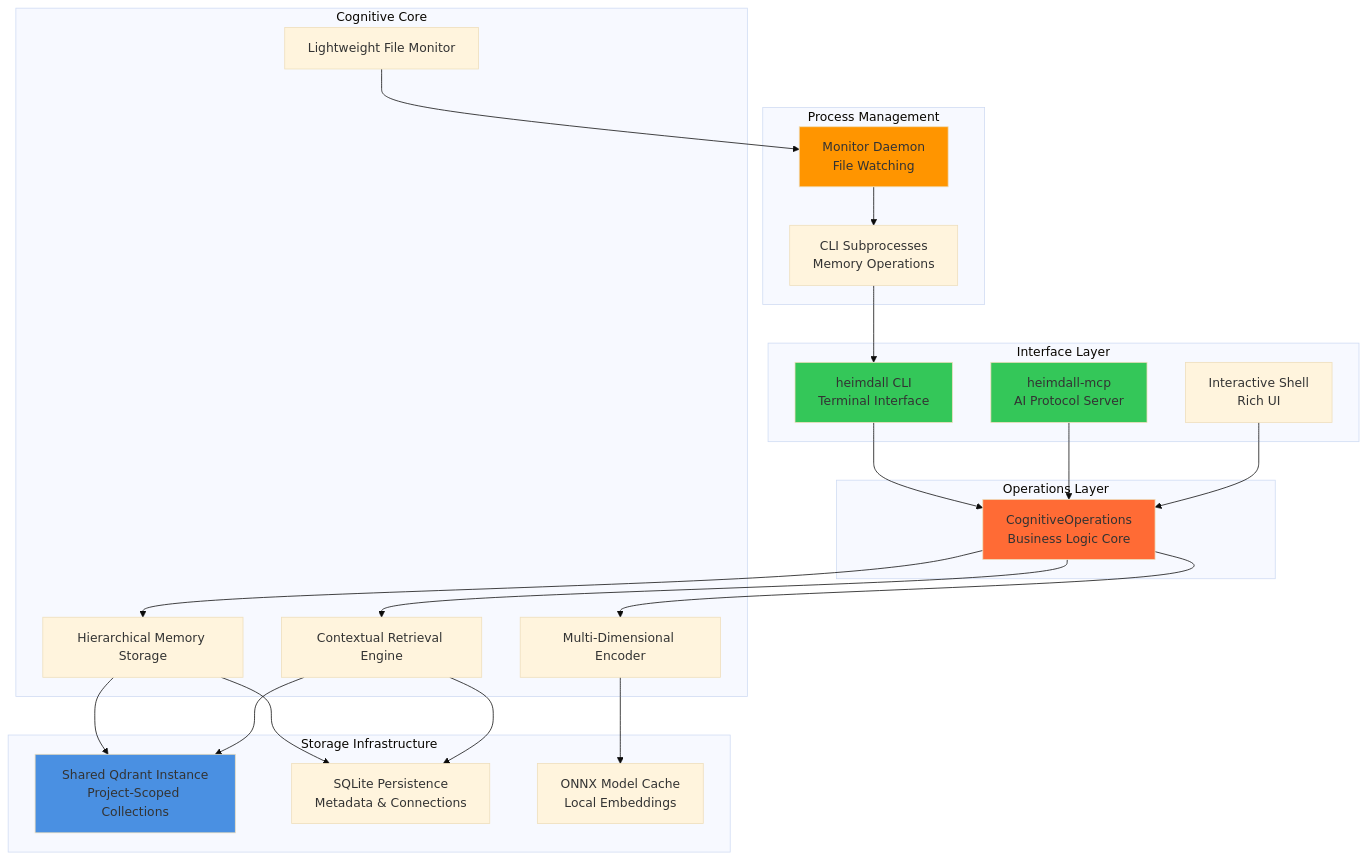
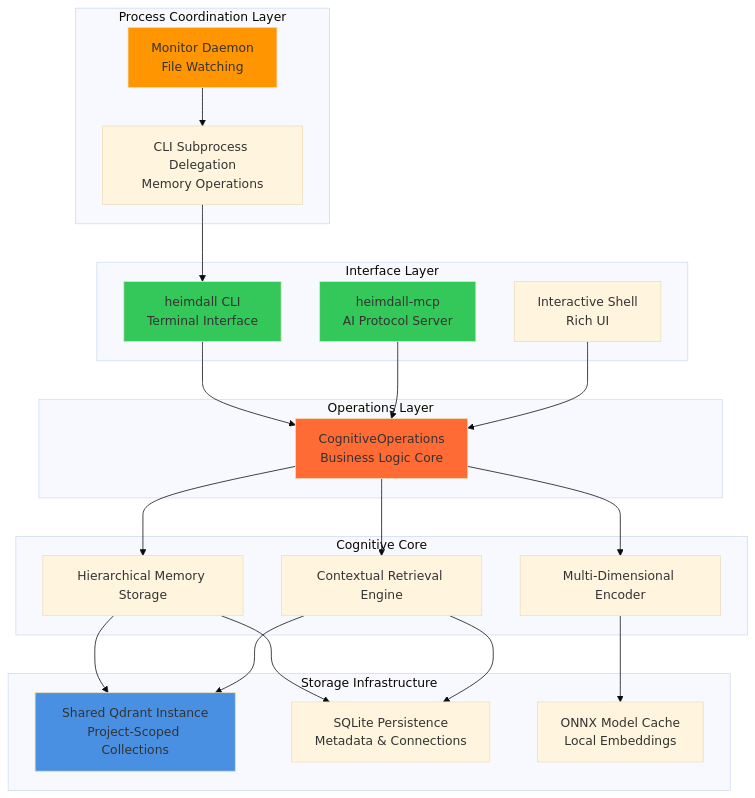
Before and after one commit to murdrae/heimdall-mcp-server: the first of 2 diagrams in docs/arch-docs/architecture-technical-specification.md, drawn with Mermaid (base theme). The commit also changed other lines of this file and 5 other files, not shown here.

````diff
--- a/docs/arch-docs/architecture-technical-specification.md
+++ b/docs/arch-docs/architecture-technical-specification.md
@@ -44,54 +44,52 @@
 ```mermaid
 graph TB
     subgraph "Interface Layer"
         CLI[heimdall CLI<br/>Terminal Interface]
         MCP[heimdall-mcp<br/>AI Protocol Server]
         SHELL[Interactive Shell<br/>Rich UI]
     end
 
     subgraph "Operations Layer"
         OPS[CognitiveOperations<br/>Business Logic Core]
     end
 
     subgraph "Cognitive Core"
         ENCODER[Multi-Dimensional Encoder]
         STORAGE[Hierarchical Memory Storage]
         RETRIEVAL[Contextual Retrieval Engine]
-        MONITOR[Lightweight File Monitor]
+    end
+
+    subgraph "Process Coordination Layer"
+        DAEMON[Monitor Daemon<br/>File Watching]
+        SUBPROCESS[CLI Subprocess Delegation<br/>Memory Operations]
     end
 
     subgraph "Storage Infrastructure"
         QDRANT[Shared Qdrant Instance<br/>Project-Scoped Collections]
         SQLITE[SQLite Persistence<br/>Metadata & Connections]
         MODELS[ONNX Model Cache<br/>Local Embeddings]
-    end
-
-    subgraph "Process Management"
-        DAEMON[Monitor Daemon<br/>File Watching]
-        SUBPROCESS[CLI Subprocesses<br/>Memory Operations]
     end
 
     CLI --> OPS
     MCP --> OPS
     SHELL --> OPS
 
     OPS --> ENCODER
     OPS --> STORAGE
     OPS --> RETRIEVAL
 
     ENCODER --> MODELS
     STORAGE --> QDRANT
     STORAGE --> SQLITE
     RETRIEVAL --> QDRANT
     RETRIEVAL --> SQLITE
 
-    MONITOR --> DAEMON
     DAEMON --> SUBPROCESS
     SUBPROCESS --> CLI
 
     style OPS fill:#ff6b35
     style QDRANT fill:#4a90e2
     style CLI fill:#34c759
     style MCP fill:#34c759
     style DAEMON fill:#ff9500
 ```
````
